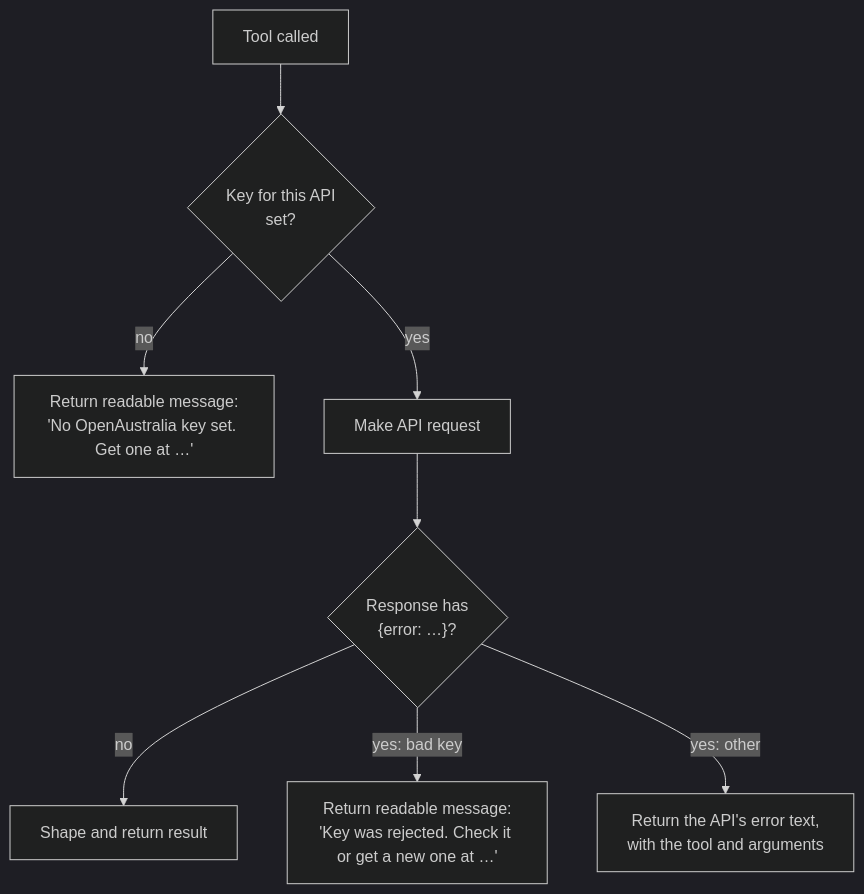
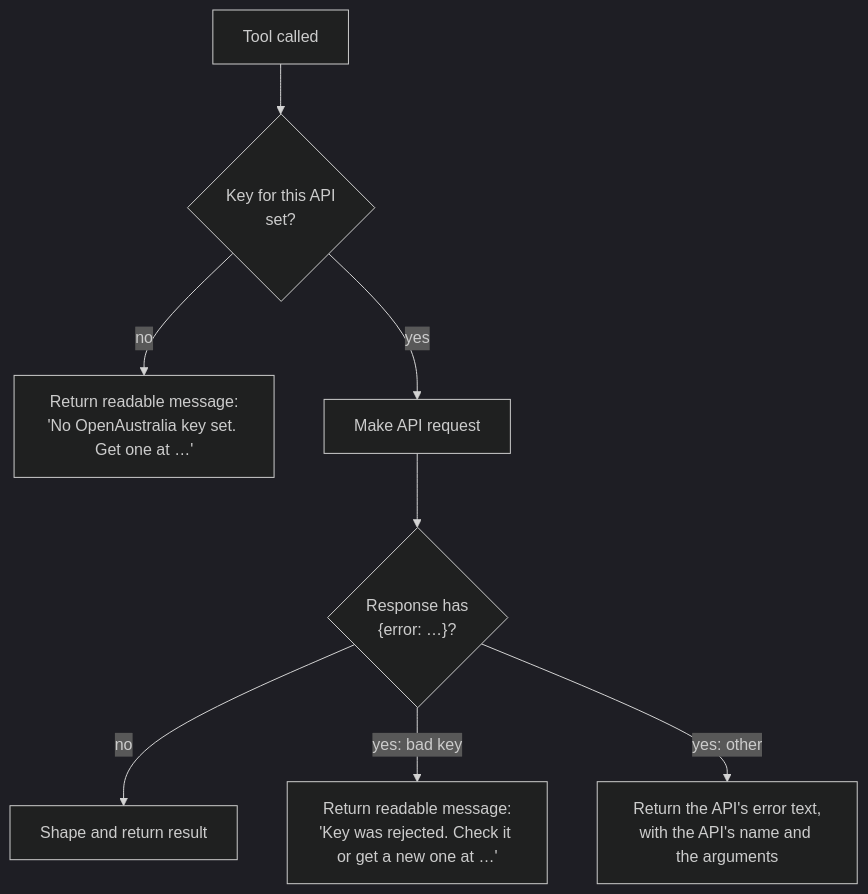
One commit to jeremiah-wa/openaustralia-mcp changed the fourth of 5 diagrams in docs/architecture.md. Above: the diagram before and after it, drawn with Mermaid (dark theme). The commit also changed other lines of this file and 12 other files, not shown here.

First line of the commit message:
docs: split architecture.md and start recording ADRs (#21)

````diff
--- a/docs/architecture.md
+++ b/docs/architecture.md
@@ -146,10 +101,10 @@
 ```mermaid
 flowchart TD
     call["Tool called"] --> has{"Key for this API<br/>set?"}
     has -- no --> missing["Return readable message:<br/>'No OpenAustralia key set. Get one at …'"]
     has -- yes --> req["Make API request"]
     req --> ok{"Response has<br/>{error: …}?"}
     ok -- no --> result["Shape and return result"]
     ok -- "yes: bad key" --> rejected["Return readable message:<br/>'Key was rejected. Check it or get a new one at …'"]
-    ok -- "yes: other" --> other["Return the API's error text,<br/>with the tool and arguments"]
+    ok -- "yes: other" --> other["Return the API's error text,<br/>with the API's name and the arguments"]
 ```
````
